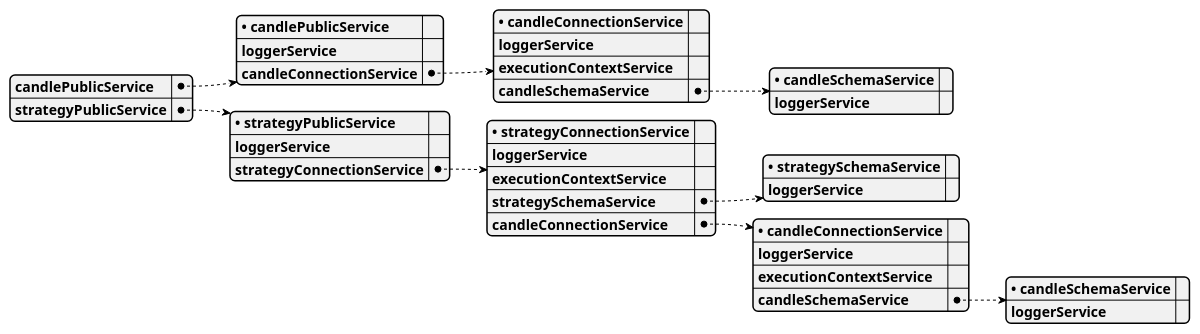
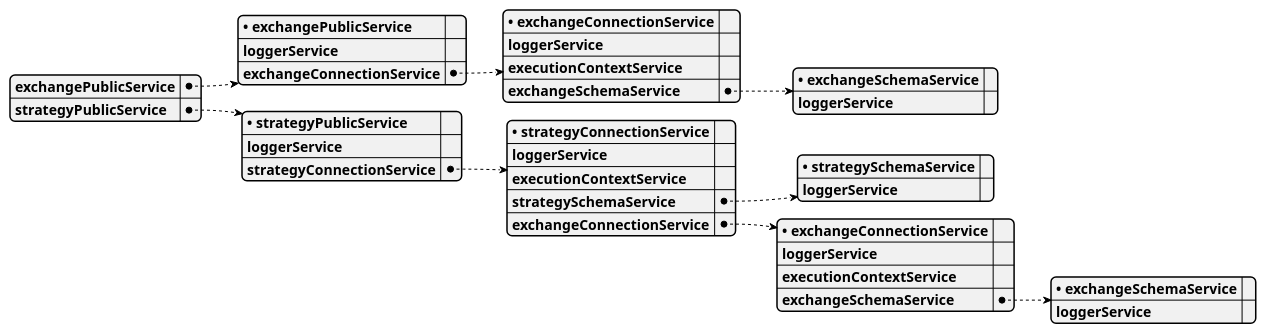
The diagram in docs/uml.puml (pegaltier/backtest-kit), drawn with PlantUML before and after one commit. The commit also changed 31 other files, not shown here.

```diff
--- a/docs/uml.puml
+++ b/docs/uml.puml
@@ -1,29 +1,29 @@
 @startyaml
-candlePublicService:
-	• candlePublicService: ""
+exchangePublicService:
+	• exchangePublicService: ""
 	loggerService: ""
-	candleConnectionService:
-		• candleConnectionService: ""
+	exchangeConnectionService:
+		• exchangeConnectionService: ""
 		loggerService: ""
 		executionContextService: ""
-		candleSchemaService:
-			• candleSchemaService: ""
+		exchangeSchemaService:
+			• exchangeSchemaService: ""
 			loggerService: ""
 strategyPublicService:
 	• strategyPublicService: ""
 	loggerService: ""
 	strategyConnectionService:
 		• strategyConnectionService: ""
 		loggerService: ""
 		executionContextService: ""
 		strategySchemaService:
 			• strategySchemaService: ""
 			loggerService: ""
-		candleConnectionService:
-			• candleConnectionService: ""
+		exchangeConnectionService:
+			• exchangeConnectionService: ""
 			loggerService: ""
 			executionContextService: ""
-			candleSchemaService:
-				• candleSchemaService: ""
+			exchangeSchemaService:
+				• exchangeSchemaService: ""
 				loggerService: ""
 @endyaml
```
